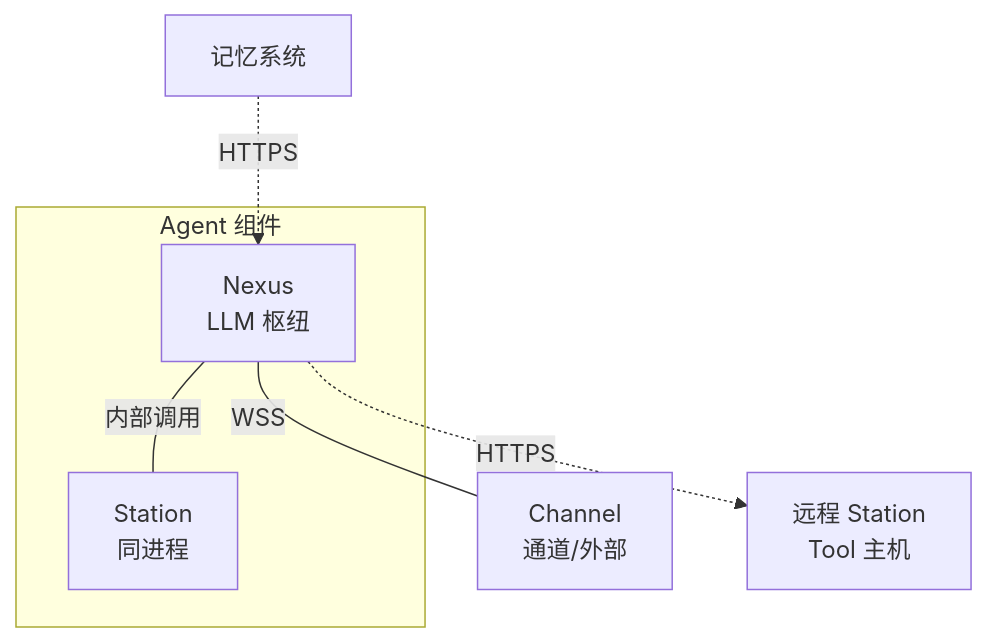
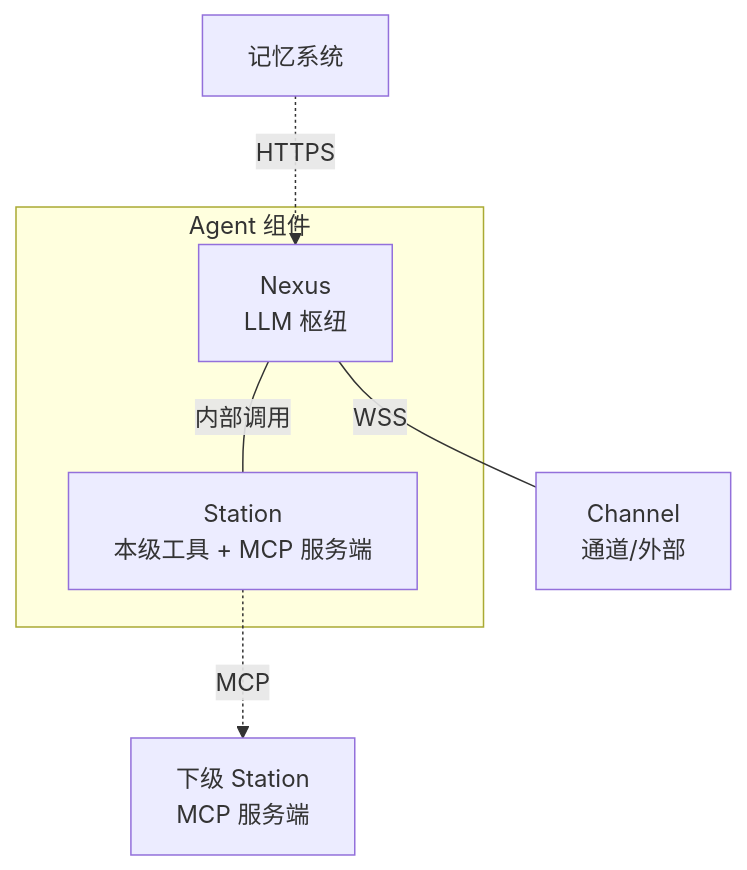
Before and after one commit to coldcloude/kissbot: the diagram in docs/design/system-design-agent.md, drawn with Mermaid. The commit also changed other lines of this file and 53 other files, not shown here.

First line of the commit message:
Station 与 MCP 一体化：新增 kissbot-mcp 组件，以 group/MCP 重写 Station

````diff
--- a/docs/design/system-design-agent.md
+++ b/docs/design/system-design-agent.md
@@ -9,9 +9,9 @@
 ```mermaid
 graph TB
     Memory[记忆系统] -. HTTPS .-> Nexus
     subgraph Agent[Agent 组件]
-        Nexus[Nexus<br/>LLM 枢纽] -- 内部调用 --- StationLocal[Station<br/>同进程]
+        Nexus[Nexus<br/>LLM 枢纽] -- 内部调用 --- StationLocal[Station<br/>本级工具 + MCP 服务端]
     end
     Nexus -- WSS --- Channel[Channel<br/>通道/外部]
-    Nexus -. HTTPS .-> StationRemote[远程 Station<br/>Tool 主机]
+    StationLocal -. MCP .-> StationRemote[下级 Station<br/>MCP 服务端]
 ```
````
